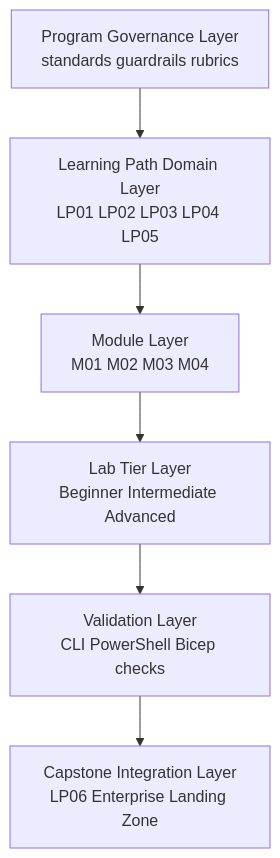
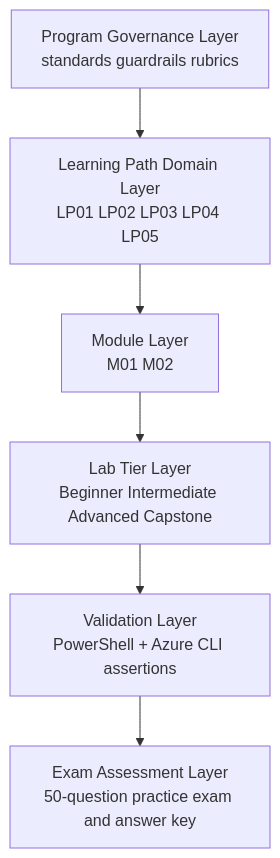
Before and after one commit to ITech3875Dev/insighttech-az204-enterprise: the first of 2 diagrams in docs/architecture/overall-lab-program-architecture.md, drawn with Mermaid. The commit also changed other lines of this file and 14 other files, not shown here.

````diff
--- a/docs/architecture/overall-lab-program-architecture.md
+++ b/docs/architecture/overall-lab-program-architecture.md
@@ -13,8 +14,8 @@
 ```mermaid
 flowchart TB
     A[Program Governance Layer\nstandards guardrails rubrics] --> B[Learning Path Domain Layer\nLP01 LP02 LP03 LP04 LP05]
-    B --> C[Module Layer\nM01 M02 M03 M04]
-    C --> D[Lab Tier Layer\nBeginner Intermediate Advanced]
-    D --> E[Validation Layer\nCLI PowerShell Bicep checks]
-    E --> F[Capstone Integration Layer\nLP06 Enterprise Landing Zone]
+    B --> C[Module Layer\nM01 M02]
+    C --> D[Lab Tier Layer\nBeginner Intermediate Advanced Capstone]
+    D --> E[Validation Layer\nPowerShell + Azure CLI assertions]
+    E --> F[Exam Assessment Layer\n50-question practice exam and answer key]
 ```
````
